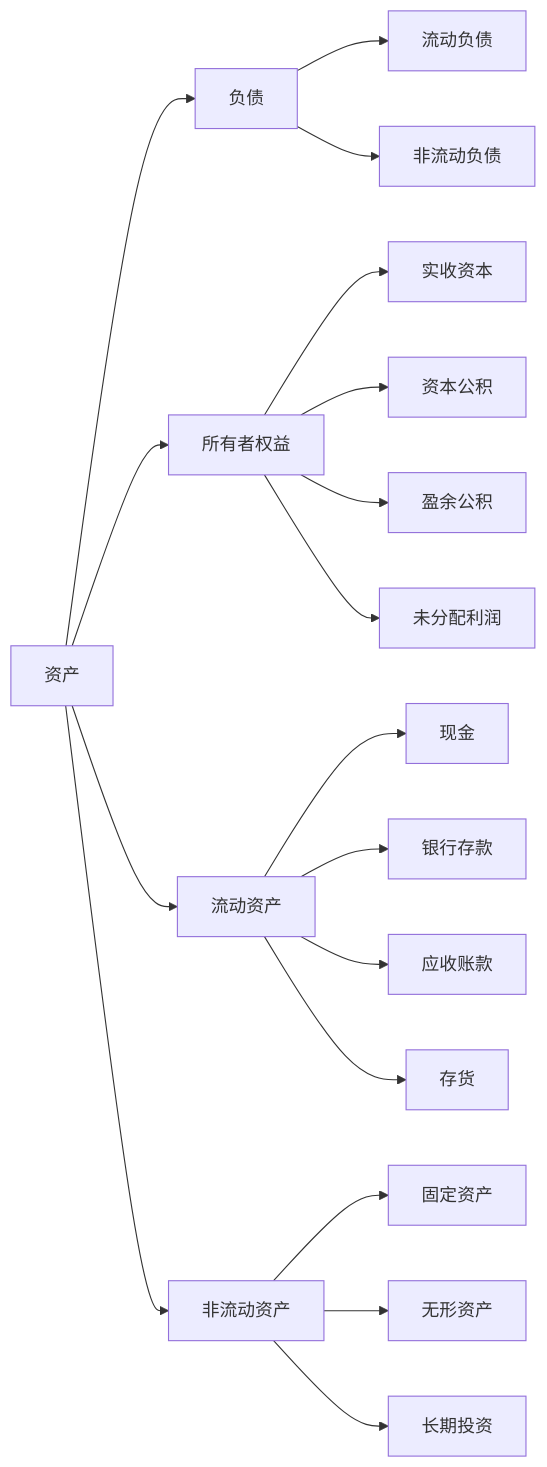
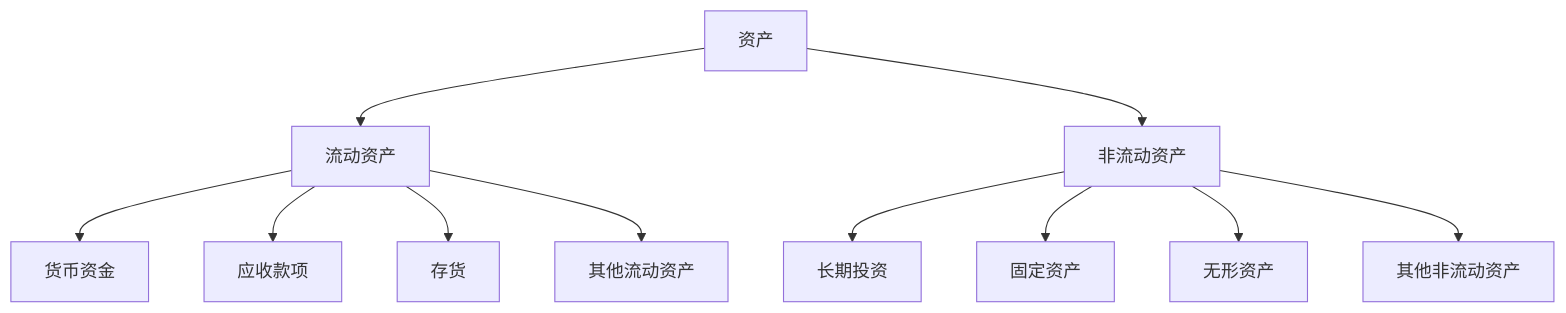
The second of 10 diagrams in 会计学/01-基础认知层/会计要素与等式/03-要素关系图解.md (Anping2017/obsidian), drawn with Mermaid before and after one commit. The commit also changed other lines of this file and 22 other files, not shown here.

````diff
--- a/会计学/01-基础认知层/会计要素与等式/03-要素关系图解.md
+++ b/会计学/01-基础认知层/会计要素与等式/03-要素关系图解.md
@@ -43,25 +54,15 @@
 ```mermaid
-graph LR
-    A[资产] --> B[负债]
-    A --> C[所有者权益]
+graph TD
+    A[资产] --> B[流动资产]
+    A --> C[非流动资产]
     
-    B --> D[流动负债]
-    B --> E[非流动负债]
+    B --> D[货币资金]
+    B --> E[应收款项]
+    B --> F[存货]
+    B --> G[其他流动资产]
     
-    C --> F[实收资本]
-    C --> G[资本公积]
-    C --> H[盈余公积]
-    C --> I[未分配利润]
-    
-    A --> J[流动资产]
-    A --> K[非流动资产]
-    
-    J --> L[现金]
-    J --> M[银行存款]
-    J --> N[应收账款]
-    J --> O[存货]
-    
-    K --> P[固定资产]
-    K --> Q[无形资产]
-    K --> R[长期投资]
+    C --> H[长期投资]
+    C --> I[固定资产]
+    C --> J[无形资产]
+    C --> K[其他非流动资产]
 ```
````
